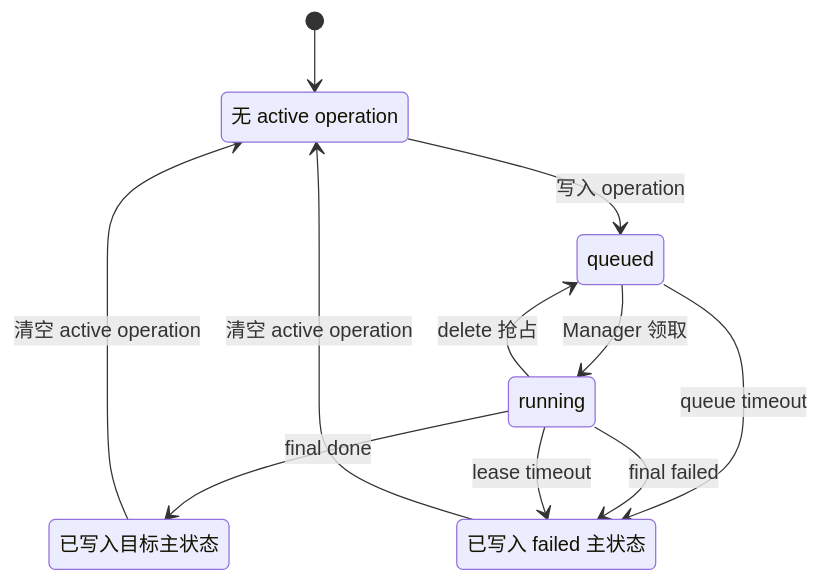
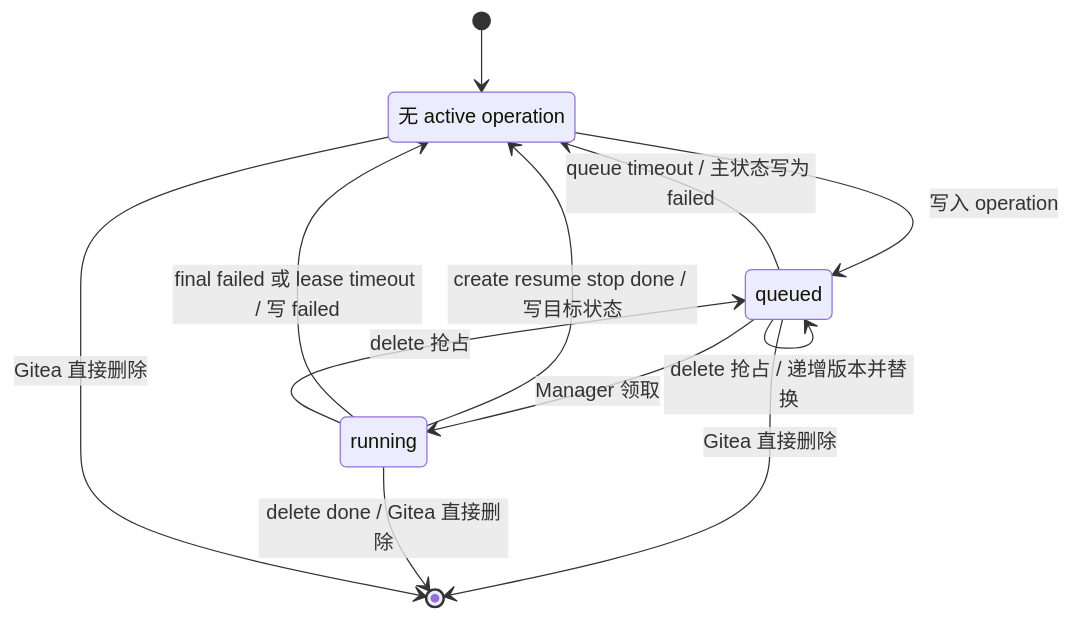
The second of 4 diagrams in src/state-machine.md (ExplodingDragon/gitea-dev), drawn with Mermaid before and after one commit. The commit also changed other lines of this file and 9 other files, not shown here.

````diff
--- a/src/state-machine.md
+++ b/src/state-machine.md
@@ -120,21 +121,20 @@
 ```mermaid
 stateDiagram-v2
     direction TB
 
     NoOp: 无 active operation
     Queued: queued
     Running: running
-    Done: 已写入目标主状态
-    Failed: 已写入 failed 主状态
 
     [*] --> NoOp
     NoOp --> Queued: 写入 operation
     Queued --> Running: Manager 领取
-    Queued --> Failed: queue timeout
-    Running --> Done: final done
-    Running --> Failed: final failed
-    Running --> Failed: lease timeout
+    Queued --> NoOp: queue timeout / 主状态写为 failed
+    Queued --> Queued: delete 抢占 / 递增版本并替换
+    Queued --> [*]: Gitea 直接删除
+    Running --> NoOp: create resume stop done / 写目标状态
+    Running --> NoOp: final failed 或 lease timeout / 写 failed
     Running --> Queued: delete 抢占
-    Done --> NoOp: 清空 active operation
-    Failed --> NoOp: 清空 active operation
+    Running --> [*]: delete done / Gitea 直接删除
+    NoOp --> [*]: Gitea 直接删除
 ```
````
